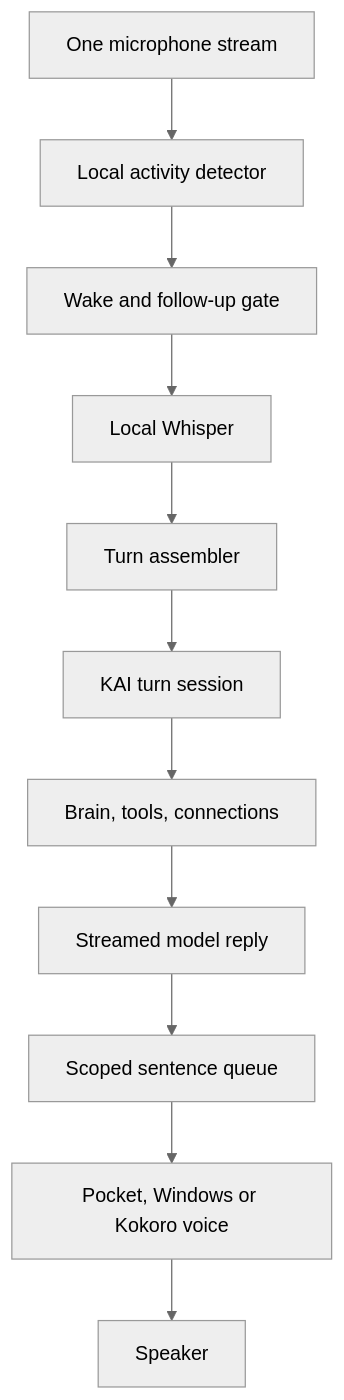
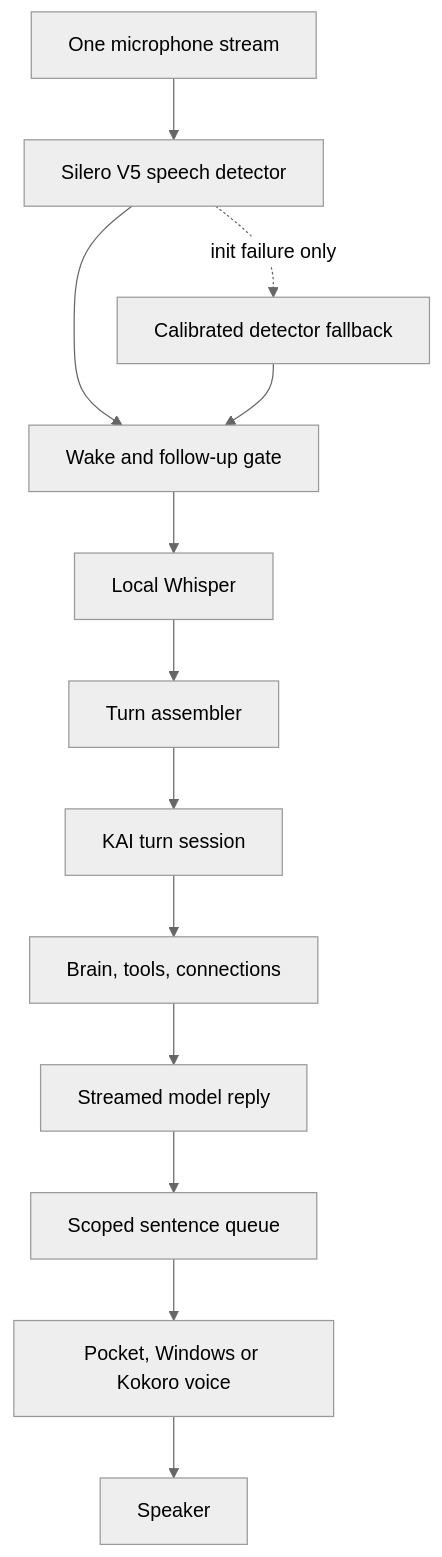
The second of 2 diagrams in docs/KAI_LIVE_SENSES_ARCHITECTURE.md (therexdev/kaiapp), drawn with Mermaid (neutral theme) before and after one commit. The commit also changed other lines of this file and 14 other files, not shown here.

Commit message:
Add local Silero VAD to KAI Live Senses

````diff
--- a/docs/KAI_LIVE_SENSES_ARCHITECTURE.md
+++ b/docs/KAI_LIVE_SENSES_ARCHITECTURE.md
@@ -44,13 +44,15 @@
 ```mermaid
 flowchart TD
-    A["One microphone stream"] --> B["Local activity detector"]
+    A["One microphone stream"] --> B["Silero V5 speech detector"]
+    B -. "init failure only" .-> X["Calibrated detector fallback"]
     B --> C["Wake and follow-up gate"]
+    X --> C
     C --> D["Local Whisper"]
     D --> E["Turn assembler"]
     E --> F["KAI turn session"]
     F --> G["Brain, tools, connections"]
     G --> H["Streamed model reply"]
     H --> I["Scoped sentence queue"]
     I --> J["Pocket, Windows or Kokoro voice"]
     J --> K["Speaker"]
 ```
````
